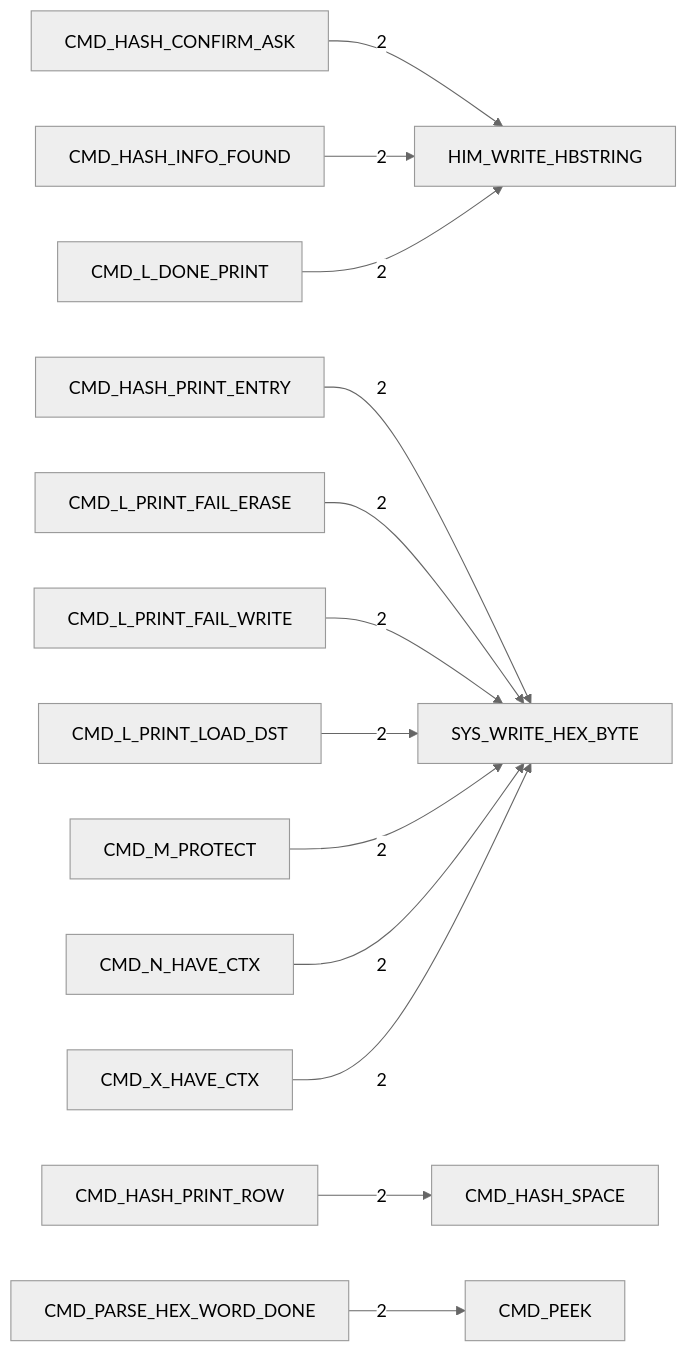
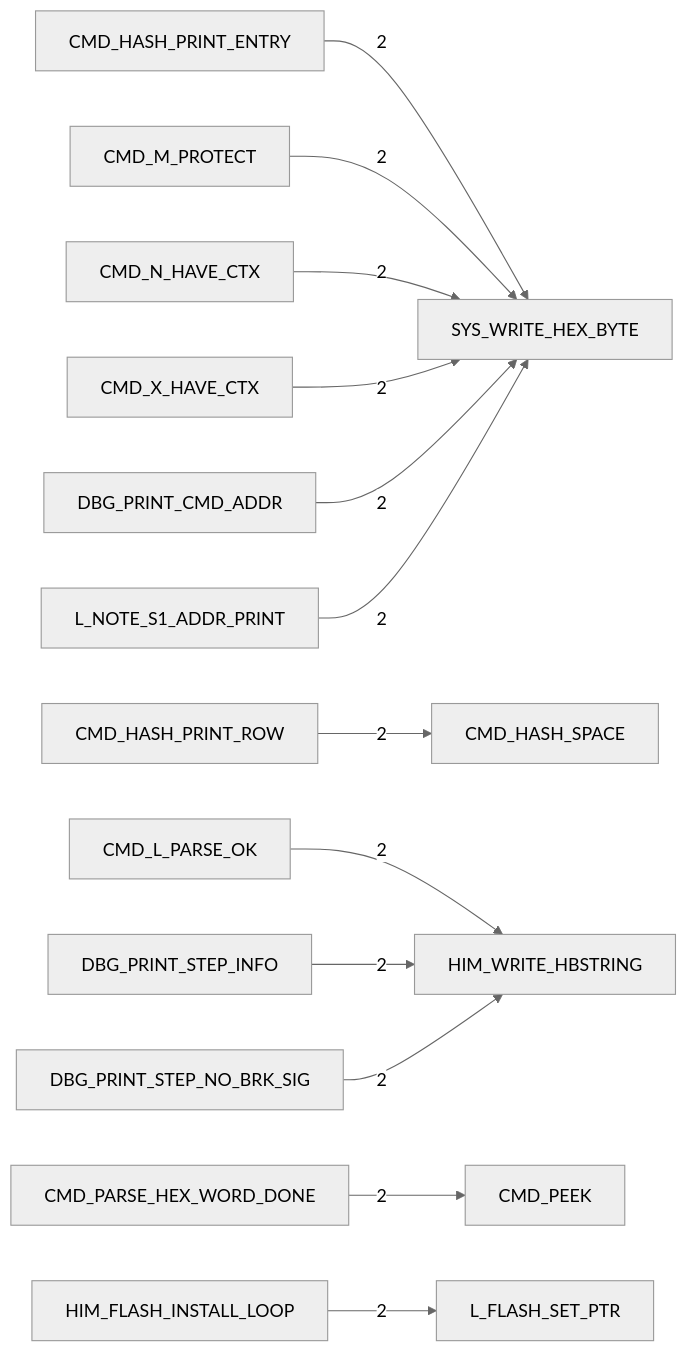
Before and after one commit to 95westus/R-YORS: the fourth of 6 diagrams in DOC/GENERATED/HIMON_COMMAND_MAP.md, drawn with Mermaid (neutral theme). The commit also changed other lines of this file and 65 other files, not shown here.

````diff
--- a/DOC/GENERATED/HIMON_COMMAND_MAP.md
+++ b/DOC/GENERATED/HIMON_COMMAND_MAP.md
@@ -60,15 +60,15 @@
 ```mermaid
 flowchart LR
-    N_CMD_HASH_CONFIRM_ASK[CMD_HASH_CONFIRM_ASK] -->|2| N_HIM_WRITE_HBSTRING[HIM_WRITE_HBSTRING]
-    N_CMD_HASH_INFO_FOUND[CMD_HASH_INFO_FOUND] -->|2| N_HIM_WRITE_HBSTRING[HIM_WRITE_HBSTRING]
     N_CMD_HASH_PRINT_ENTRY[CMD_HASH_PRINT_ENTRY] -->|2| N_SYS_WRITE_HEX_BYTE[SYS_WRITE_HEX_BYTE]
     N_CMD_HASH_PRINT_ROW[CMD_HASH_PRINT_ROW] -->|2| N_CMD_HASH_SPACE[CMD_HASH_SPACE]
-    N_CMD_L_DONE_PRINT[CMD_L_DONE_PRINT] -->|2| N_HIM_WRITE_HBSTRING[HIM_WRITE_HBSTRING]
-    N_CMD_L_PRINT_FAIL_ERASE[CMD_L_PRINT_FAIL_ERASE] -->|2| N_SYS_WRITE_HEX_BYTE[SYS_WRITE_HEX_BYTE]
-    N_CMD_L_PRINT_FAIL_WRITE[CMD_L_PRINT_FAIL_WRITE] -->|2| N_SYS_WRITE_HEX_BYTE[SYS_WRITE_HEX_BYTE]
-    N_CMD_L_PRINT_LOAD_DST[CMD_L_PRINT_LOAD_DST] -->|2| N_SYS_WRITE_HEX_BYTE[SYS_WRITE_HEX_BYTE]
+    N_CMD_L_PARSE_OK[CMD_L_PARSE_OK] -->|2| N_HIM_WRITE_HBSTRING[HIM_WRITE_HBSTRING]
     N_CMD_M_PROTECT[CMD_M_PROTECT] -->|2| N_SYS_WRITE_HEX_BYTE[SYS_WRITE_HEX_BYTE]
     N_CMD_N_HAVE_CTX[CMD_N_HAVE_CTX] -->|2| N_SYS_WRITE_HEX_BYTE[SYS_WRITE_HEX_BYTE]
     N_CMD_PARSE_HEX_WORD_DONE[CMD_PARSE_HEX_WORD_DONE] -->|2| N_CMD_PEEK[CMD_PEEK]
     N_CMD_X_HAVE_CTX[CMD_X_HAVE_CTX] -->|2| N_SYS_WRITE_HEX_BYTE[SYS_WRITE_HEX_BYTE]
+    N_DBG_PRINT_CMD_ADDR[DBG_PRINT_CMD_ADDR] -->|2| N_SYS_WRITE_HEX_BYTE[SYS_WRITE_HEX_BYTE]
+    N_DBG_PRINT_STEP_INFO[DBG_PRINT_STEP_INFO] -->|2| N_HIM_WRITE_HBSTRING[HIM_WRITE_HBSTRING]
+    N_DBG_PRINT_STEP_NO_BRK_SIG[DBG_PRINT_STEP_NO_BRK_SIG] -->|2| N_HIM_WRITE_HBSTRING[HIM_WRITE_HBSTRING]
+    N_HIM_FLASH_INSTALL_LOOP[HIM_FLASH_INSTALL_LOOP] -->|2| N_L_FLASH_SET_PTR[L_FLASH_SET_PTR]
+    N_L_NOTE_S1_ADDR_PRINT[L_NOTE_S1_ADDR_PRINT] -->|2| N_SYS_WRITE_HEX_BYTE[SYS_WRITE_HEX_BYTE]
 ```
````
